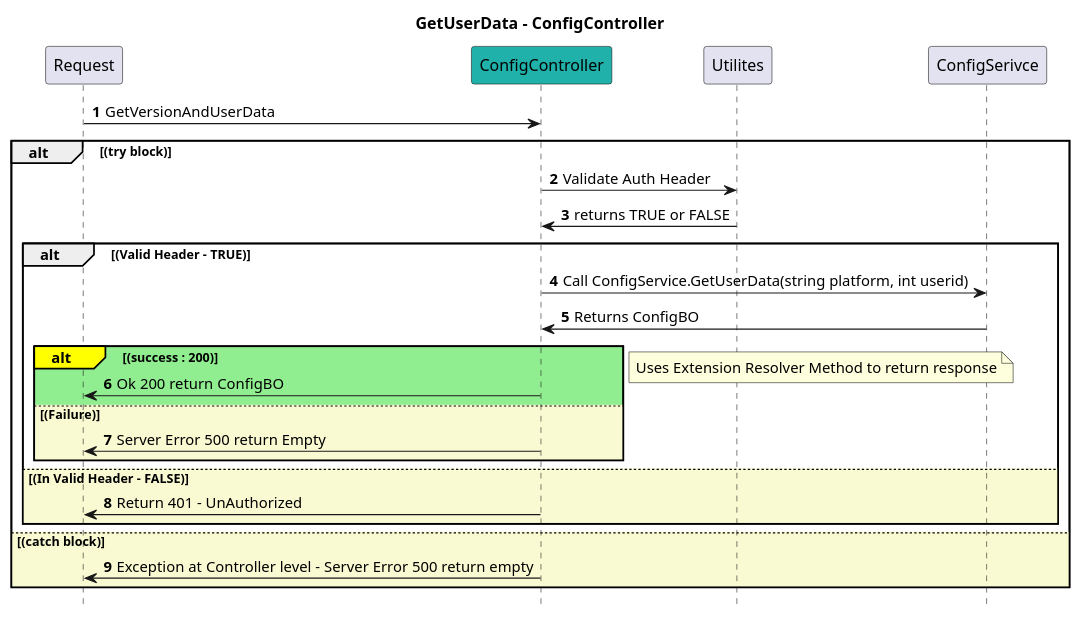
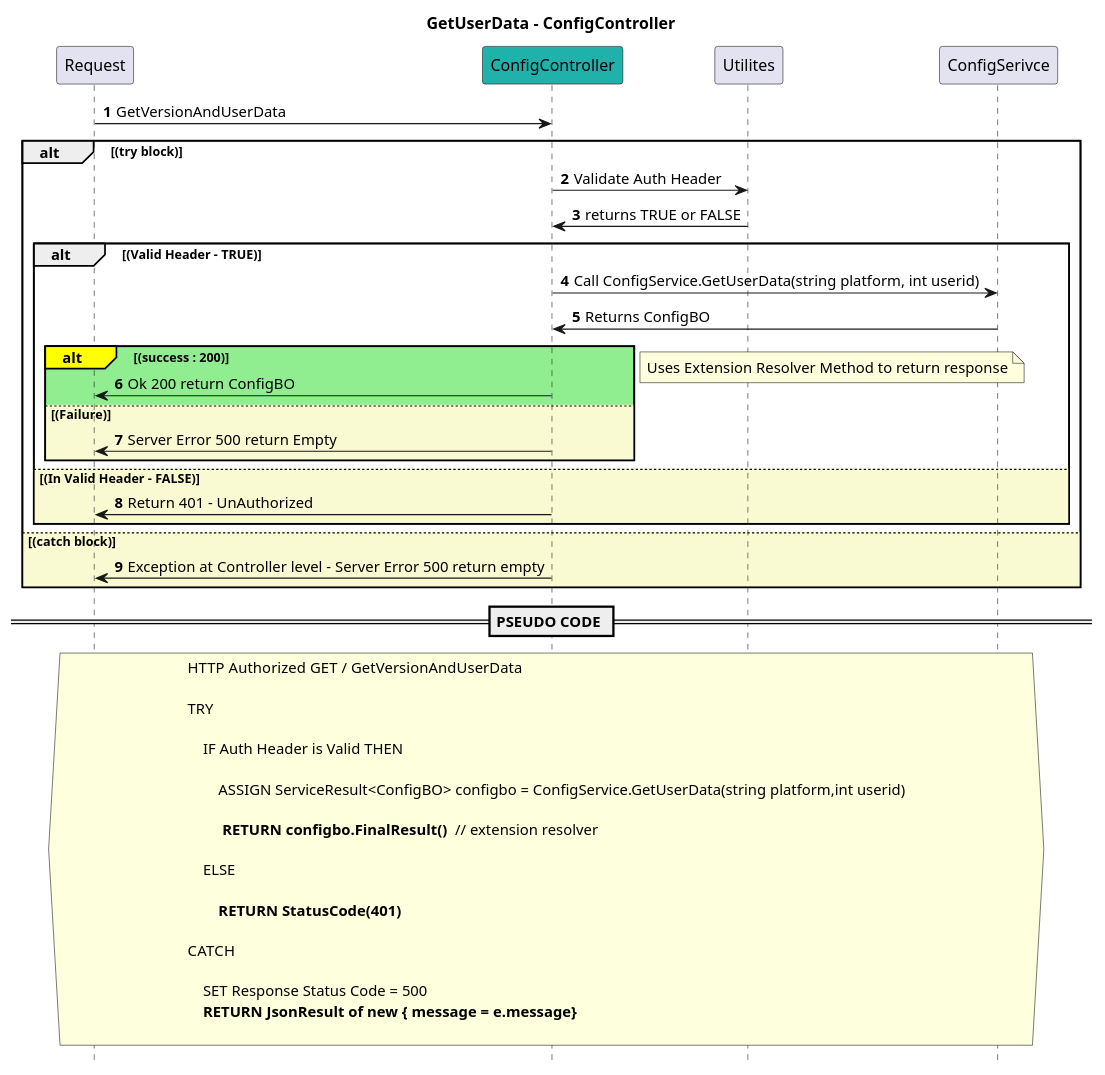
The diagram in RestaurantAPI/Controllers/Design/ConfigController/Design/GetUserData.puml (Hemarithika-tech/foodie-backend), drawn with PlantUML before and after one commit. The commit also changed 12 other files, not shown here.

```diff
--- a/RestaurantAPI/Controllers/Design/ConfigController/Design/GetUserData.puml
+++ b/RestaurantAPI/Controllers/Design/ConfigController/Design/GetUserData.puml
@@ -1,37 +1,62 @@
 @startuml
 
 title GetUserData - ConfigController
 autonumber
 hide footbox
 
 participant Request
 participant ConfigController #LightSeaGreen
 participant Utilites 
 participant ConfigSerivce  
 
 Request -> ConfigController : GetVersionAndUserData
 
 alt (try block)
     ConfigController -> Utilites : Validate Auth Header
     Utilites -> ConfigController : returns TRUE or FALSE
 
     alt (Valid Header - TRUE)
         ConfigController -> ConfigSerivce : Call ConfigService.GetUserData(string platform, int userid)
         ConfigSerivce -> ConfigController : Returns ConfigBO
        
         alt#Yellow #LightGreen (success : 200) 
             ConfigController -> Request : Ok 200 return ConfigBO
         else #LightGoldenRodYellow (Failure)
             ConfigController -> Request : Server Error 500 return Empty
         end
 
         note left: Uses Extension Resolver Method to return response
     else #LightGoldenRodYellow (In Valid Header - FALSE)
         ConfigController -> Request : Return 401 - UnAuthorized 
     end
 
 else #LightGoldenRodYellow (catch block)
     ConfigController -> Request : Exception at Controller level - Server Error 500 return empty
 end
 
+== PSEUDO CODE ==
+
+hnote across
+HTTP Authorized GET /  GetVersionAndUserData
+
+TRY
+
+    IF Auth Header is Valid THEN
+
+        ASSIGN ServiceResult<ConfigBO> configbo = ConfigService.GetUserData(string platform,int userid)
+
+        ** RETURN configbo.FinalResult() ** // extension resolver
+    
+    ELSE
+
+        **RETURN StatusCode(401)**
+        
+CATCH
+
+    SET Response Status Code = 500
+    **RETURN JsonResult of new { message = e.message}**
+
+end note
+
+
 @enduml
```
